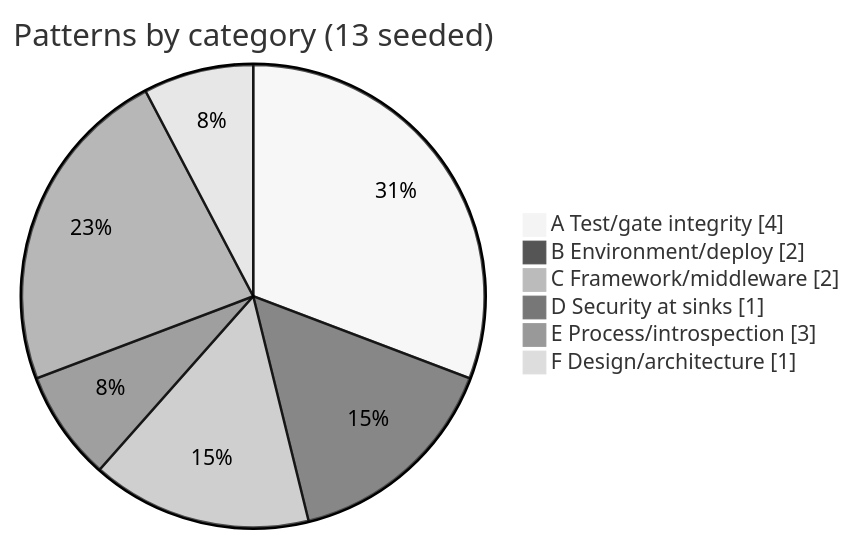
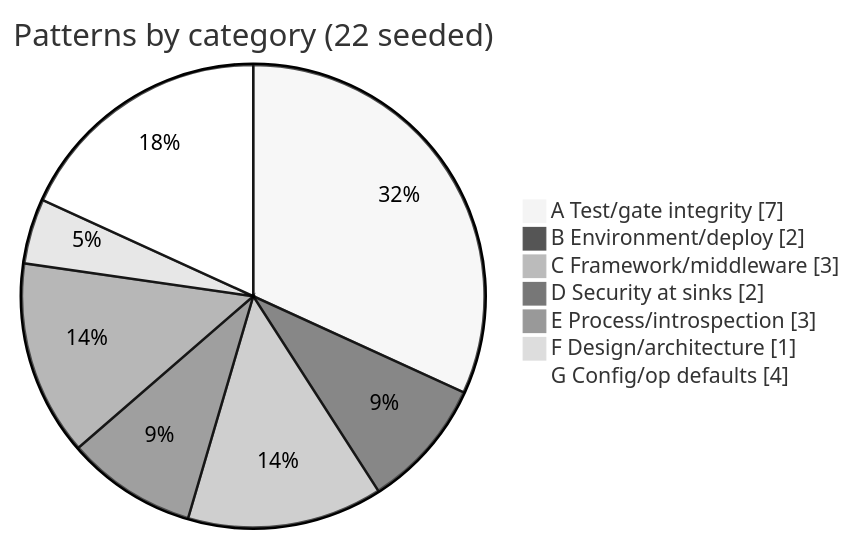
One commit to pranems/SCIMServer changed the second of 2 diagrams in docs/strategy/ENGINEERING_LESSONS_AND_PATTERNS.md. Above: the diagram before and after it, drawn with Mermaid (neutral theme). The commit also changed other lines of this file and 5 other files, not shown here.

````diff
--- a/docs/strategy/ENGINEERING_LESSONS_AND_PATTERNS.md
+++ b/docs/strategy/ENGINEERING_LESSONS_AND_PATTERNS.md
@@ -92,10 +92,11 @@
 ```mermaid
 pie showData
-    title Patterns by category (13 seeded)
-    "A Test/gate integrity" : 4
+    title Patterns by category (22 seeded)
+    "A Test/gate integrity" : 7
     "B Environment/deploy" : 2
-    "C Framework/middleware" : 2
-    "D Security at sinks" : 1
+    "C Framework/middleware" : 3
+    "D Security at sinks" : 2
     "E Process/introspection" : 3
     "F Design/architecture" : 1
+    "G Config/op defaults" : 4
 ```
````
